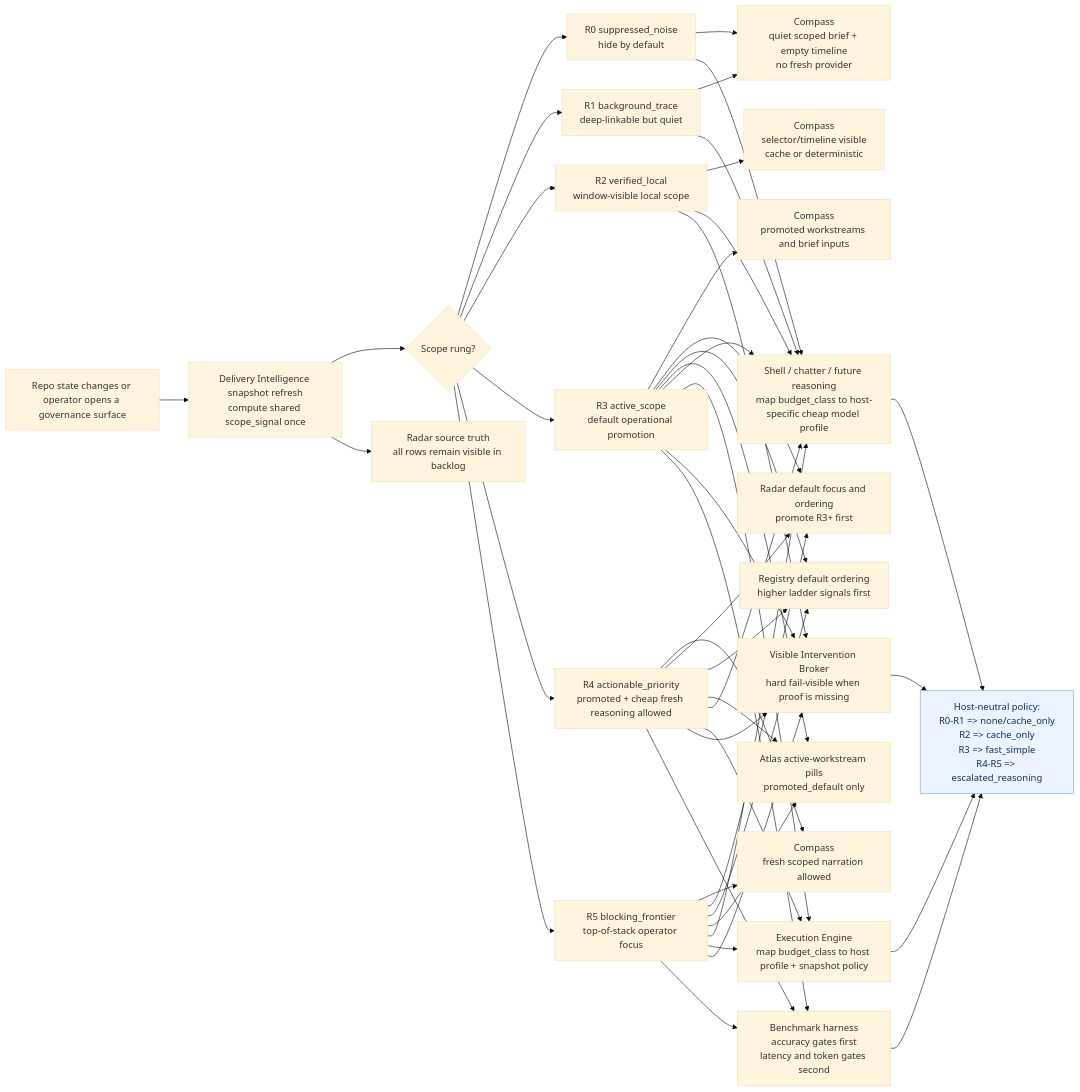
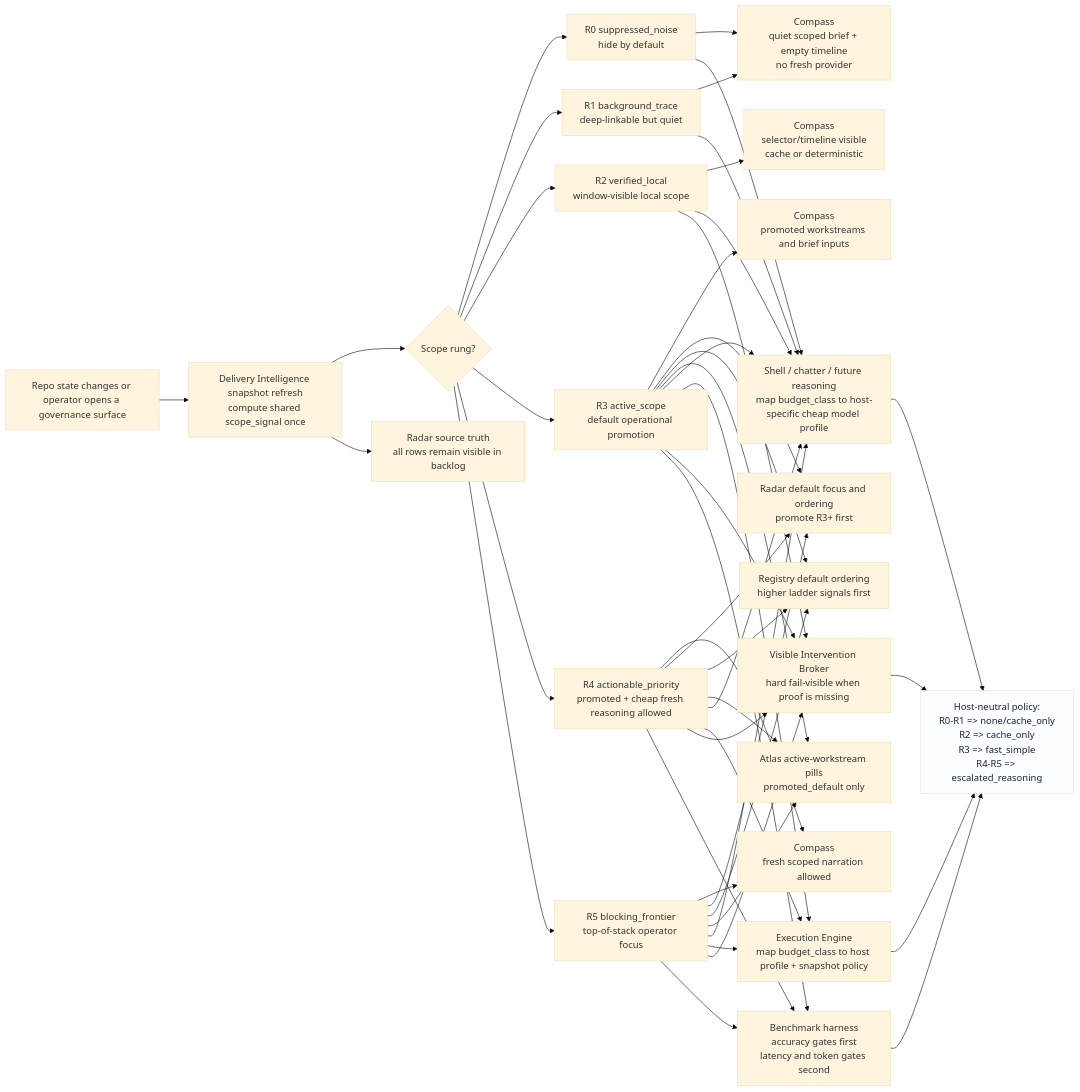
Before and after one commit to odylith/odylith: the diagram in odylith/atlas/source/odylith-governance-surface-focus-and-budget-gating-flow.mmd, drawn with Mermaid (base theme). The commit also changed 115 other files, not shown here.

Commit message:
Apply semantic Atlas diagram palette

```diff
--- a/odylith/atlas/source/odylith-governance-surface-focus-and-budget-gating-flow.mmd
+++ b/odylith/atlas/source/odylith-governance-surface-focus-and-budget-gating-flow.mmd
@@ -1,81 +1,81 @@
 %% Reviewed 2026-04-17 for v0.1.11 to keep governance-surface focus gating, Execution Engine profile selection, visible-intervention proof, and benchmark cost gates explicit in Atlas.
 flowchart LR
   Start["Repo state changes or operator opens a governance surface"]
   Delivery["Delivery Intelligence snapshot refresh<br/>compute shared scope_signal once"]
   Split{"Scope rung?"}
 
   R0["R0 suppressed_noise<br/>hide by default"]
   R1["R1 background_trace<br/>deep-linkable but quiet"]
   R2["R2 verified_local<br/>window-visible local scope"]
   R3["R3 active_scope<br/>default operational promotion"]
   R4["R4 actionable_priority<br/>promoted + cheap fresh reasoning allowed"]
   R5["R5 blocking_frontier<br/>top-of-stack operator focus"]
 
   CompassQuiet["Compass<br/>quiet scoped brief + empty timeline<br/>no fresh provider"]
   CompassVisible["Compass<br/>selector/timeline visible<br/>cache or deterministic"]
   CompassPromoted["Compass<br/>promoted workstreams and brief inputs"]
   CompassFresh["Compass<br/>fresh scoped narration allowed"]
 
   RadarAll["Radar source truth<br/>all rows remain visible in backlog"]
   RadarPromoted["Radar default focus and ordering<br/>promote R3+ first"]
 
   RegistryPromoted["Registry default ordering<br/>higher ladder signals first"]
   AtlasPromoted["Atlas active-workstream pills<br/>promoted_default only"]
   ShellBudget["Shell / chatter / future reasoning<br/>map budget_class to host-specific cheap model profile"]
   ExecutionProfile["Execution Engine<br/>map budget_class to host profile + snapshot policy"]
   VisibilityBroker["Visible Intervention Broker<br/>hard fail-visible when proof is missing"]
   BenchmarkBudget["Benchmark harness<br/>accuracy gates first<br/>latency and token gates second"]
 
   Start --> Delivery
   Delivery --> Split
   Split --> R0
   Split --> R1
   Split --> R2
   Split --> R3
   Split --> R4
   Split --> R5
 
   R0 --> CompassQuiet
   R1 --> CompassQuiet
   R2 --> CompassVisible
   R3 --> CompassPromoted
   R4 --> CompassFresh
   R5 --> CompassFresh
 
   Delivery --> RadarAll
   R3 --> RadarPromoted
   R4 --> RadarPromoted
   R5 --> RadarPromoted
 
   R3 --> RegistryPromoted
   R4 --> RegistryPromoted
   R5 --> RegistryPromoted
 
   R3 --> AtlasPromoted
   R4 --> AtlasPromoted
   R5 --> AtlasPromoted
 
   R0 --> ShellBudget
   R1 --> ShellBudget
   R2 --> ShellBudget
   R3 --> ShellBudget
   R4 --> ShellBudget
   R5 --> ShellBudget
   R3 --> ExecutionProfile
   R4 --> ExecutionProfile
   R5 --> ExecutionProfile
   R2 --> VisibilityBroker
   R3 --> VisibilityBroker
   R4 --> VisibilityBroker
   R5 --> VisibilityBroker
   R3 --> BenchmarkBudget
   R4 --> BenchmarkBudget
   R5 --> BenchmarkBudget
 
   Note["Host-neutral policy:<br/>R0-R1 => none/cache_only<br/>R2 => cache_only<br/>R3 => fast_simple<br/>R4-R5 => escalated_reasoning"]:::note
   ShellBudget --> Note
   ExecutionProfile --> Note
   VisibilityBroker --> Note
   BenchmarkBudget --> Note
 
-  classDef note fill:#eaf3ff,stroke:#77a9ef,color:#102f5f
+  classDef note fill:#FBFDFF,stroke:#D8E5F4,color:#17233A
```
